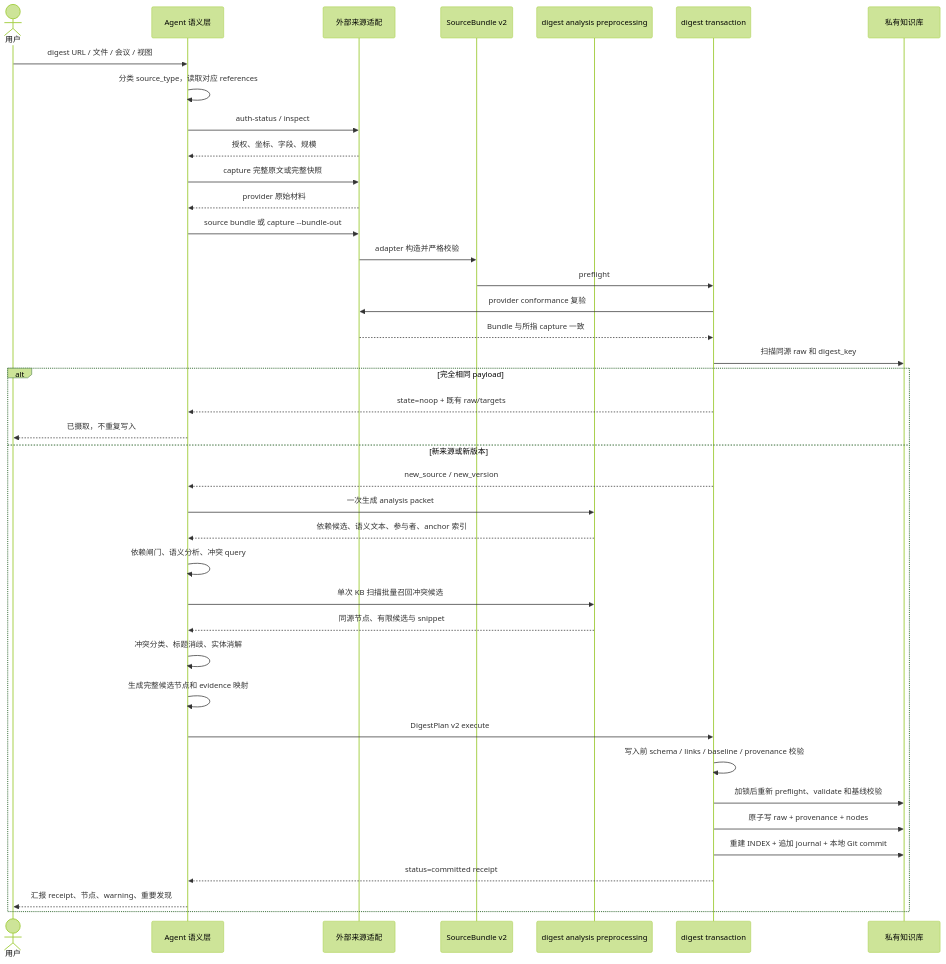
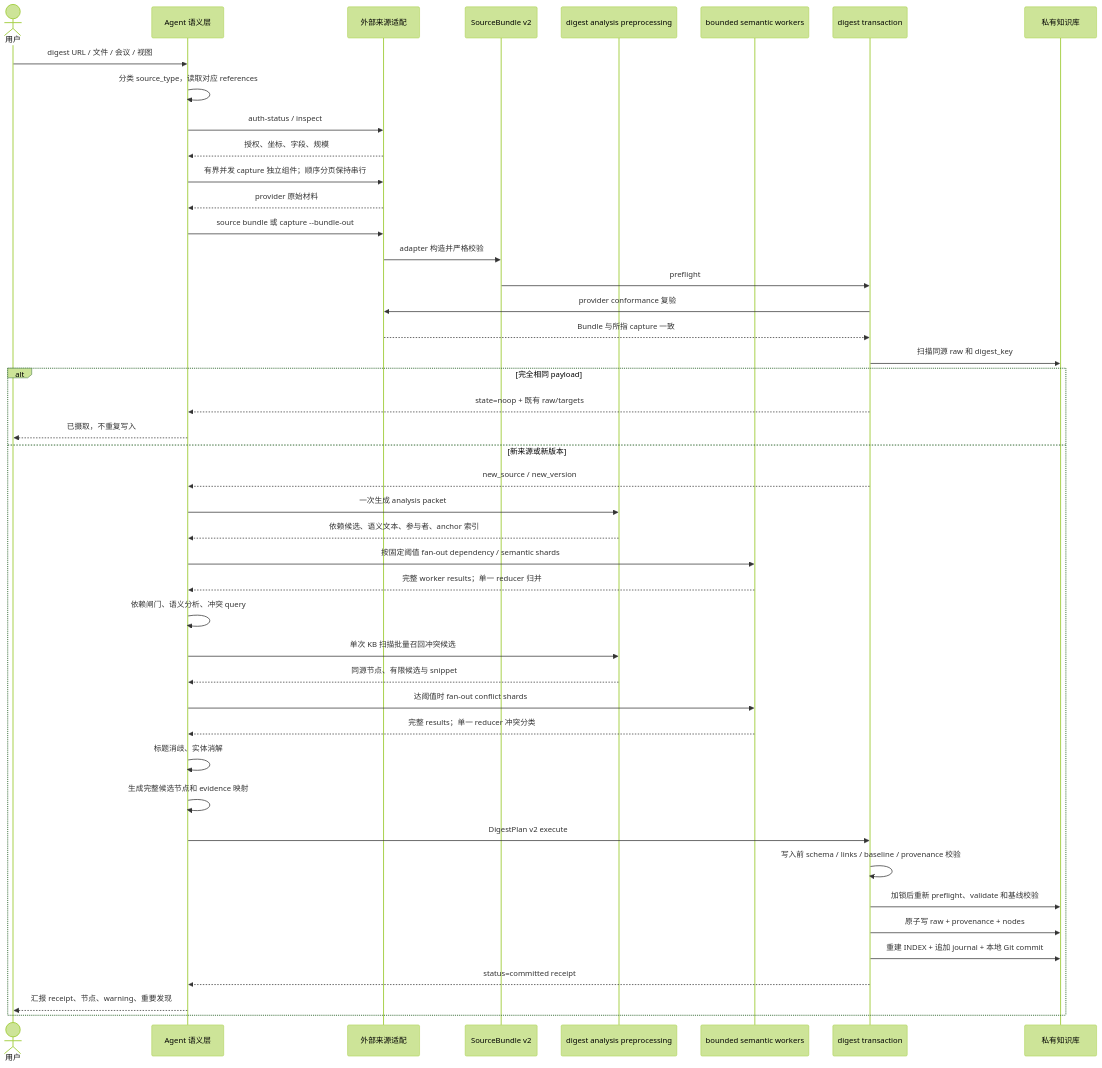
Before and after one commit to ranjiao/byteworker: the fifth of 19 diagrams in docs/development/ARCHITECTURE.md, drawn with Mermaid (forest theme). The commit also changed other lines of this file and 28 other files, not shown here.

````diff
--- a/docs/development/ARCHITECTURE.md
+++ b/docs/development/ARCHITECTURE.md
@@ -179,44 +179,49 @@
 ```mermaid
 sequenceDiagram
     actor User as 用户
     participant Agent as Agent 语义层
     participant Source as 外部来源适配
     participant Bundle as SourceBundle v2
     participant Prep as digest analysis preprocessing
+    participant Workers as bounded semantic workers
     participant Txn as digest transaction
     participant KB as 私有知识库
 
     User->>Agent: digest URL / 文件 / 会议 / 视图
     Agent->>Agent: 分类 source_type，读取对应 references
     Agent->>Source: auth-status / inspect
     Source-->>Agent: 授权、坐标、字段、规模
-    Agent->>Source: capture 完整原文或完整快照
+    Agent->>Source: 有界并发 capture 独立组件；顺序分页保持串行
     Source-->>Agent: provider 原始材料
     Agent->>Source: source bundle 或 capture --bundle-out
     Source->>Bundle: adapter 构造并严格校验
     Bundle->>Txn: preflight
     Txn->>Source: provider conformance 复验
     Source-->>Txn: Bundle 与所指 capture 一致
     Txn->>KB: 扫描同源 raw 和 digest_key
 
     alt 完全相同 payload
         Txn-->>Agent: state=noop + 既有 raw/targets
         Agent-->>User: 已摄取，不重复写入
     else 新来源或新版本
         Txn-->>Agent: new_source / new_version
         Agent->>Prep: 一次生成 analysis packet
         Prep-->>Agent: 依赖候选、语义文本、参与者、anchor 索引
+        Agent->>Workers: 按固定阈值 fan-out dependency / semantic shards
+        Workers-->>Agent: 完整 worker results；单一 reducer 归并
         Agent->>Agent: 依赖闸门、语义分析、冲突 query
         Agent->>Prep: 单次 KB 扫描批量召回冲突候选
         Prep-->>Agent: 同源节点、有限候选与 snippet
-        Agent->>Agent: 冲突分类、标题消歧、实体消解
+        Agent->>Workers: 达阈值时 fan-out conflict shards
+        Workers-->>Agent: 完整 results；单一 reducer 冲突分类
+        Agent->>Agent: 标题消歧、实体消解
         Agent->>Agent: 生成完整候选节点和 evidence 映射
         Agent->>Txn: DigestPlan v2 execute
         Txn->>Txn: 写入前 schema / links / baseline / provenance 校验
         Txn->>KB: 加锁后重新 preflight、validate 和基线校验
         Txn->>KB: 原子写 raw + provenance + nodes
         Txn->>KB: 重建 INDEX + 追加 journal + 本地 Git commit
         Txn-->>Agent: status=committed receipt
         Agent-->>User: 汇报 receipt、节点、warning、重要发现
     end
 ```
````
